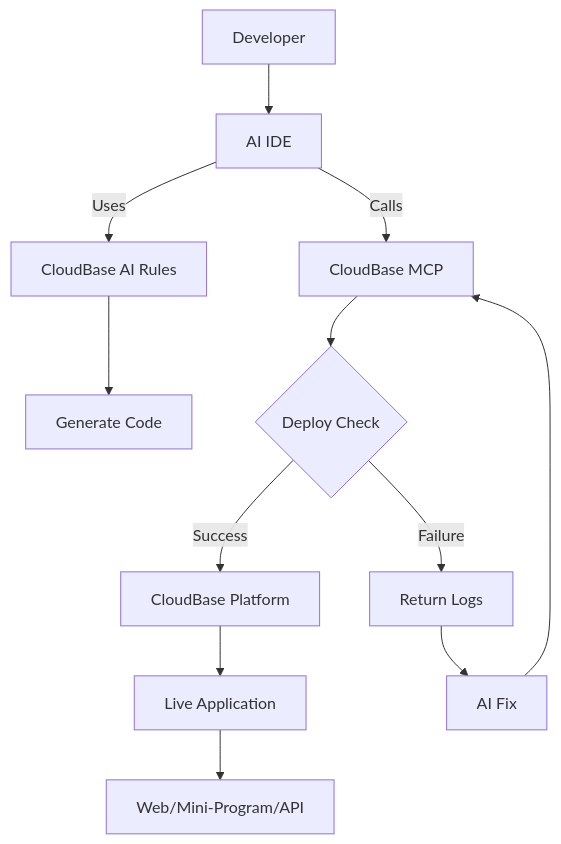
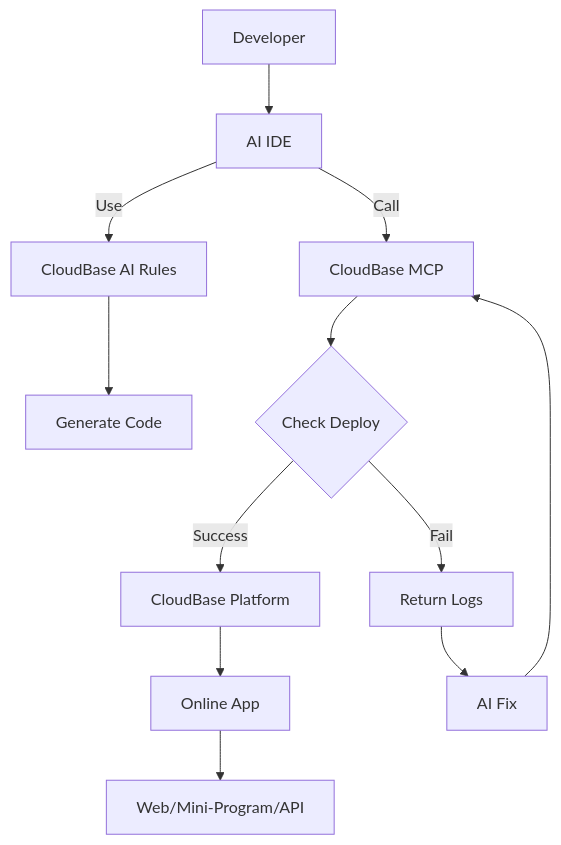
The diagram in README-EN.md (TencentCloudBase/CloudBase-AI-ToolKit), drawn with Mermaid before and after one commit. The commit also changed other lines of this file and 1 other file, not shown here.

````diff
--- a/README-EN.md
+++ b/README-EN.md
@@ -466,14 +546,14 @@
 ```mermaid
 graph TD
     A[Developer] --> B[AI IDE]
-    B -->|Uses| C[CloudBase AI Rules]
+    B -->|Use| C[CloudBase AI Rules]
     C --> D[Generate Code]
-    B -->|Calls| E[CloudBase MCP]
-    E --> F{Deploy Check}
+    B -->|Call| E[CloudBase MCP]
+    E --> F{Check Deploy}
     F -->|Success| G[CloudBase Platform]
-    F -->|Failure| H[Return Logs]
+    F -->|Fail| H[Return Logs]
     H --> I[AI Fix]
     I --> E
-    G --> J[Live Application]
+    G --> J[Online App]
     J --> K[Web/Mini-Program/API]
 ```
````
